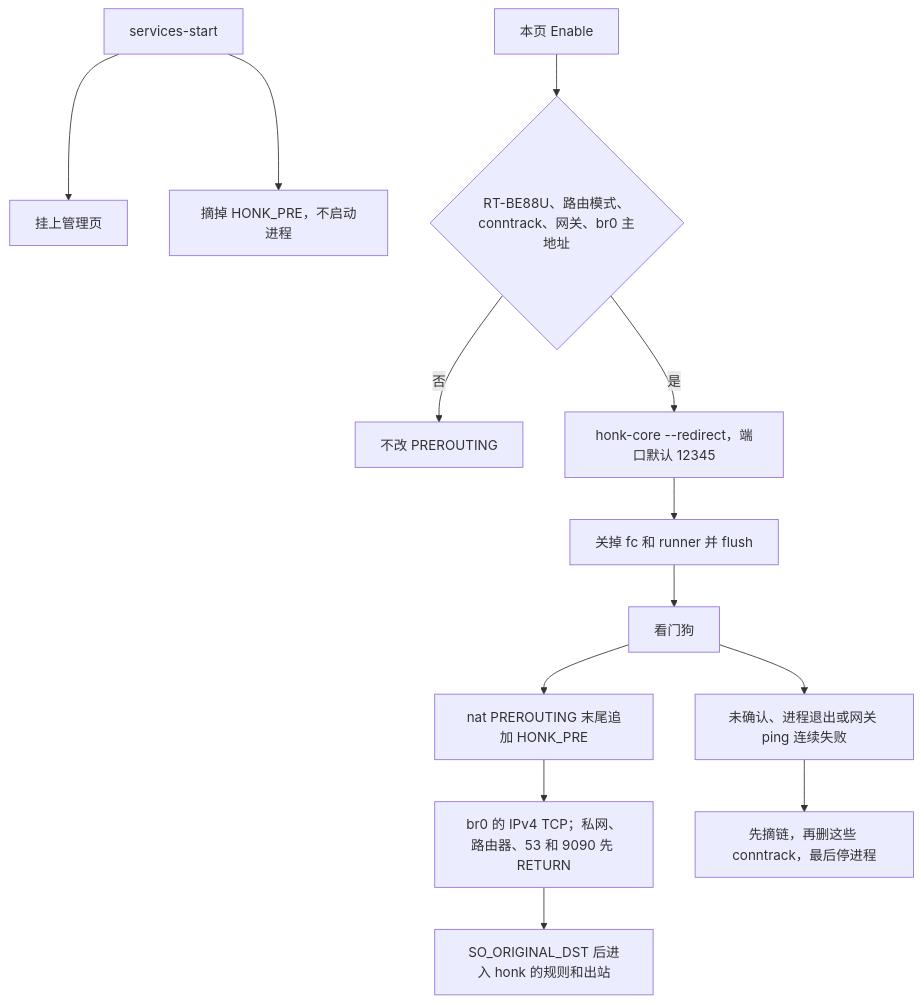
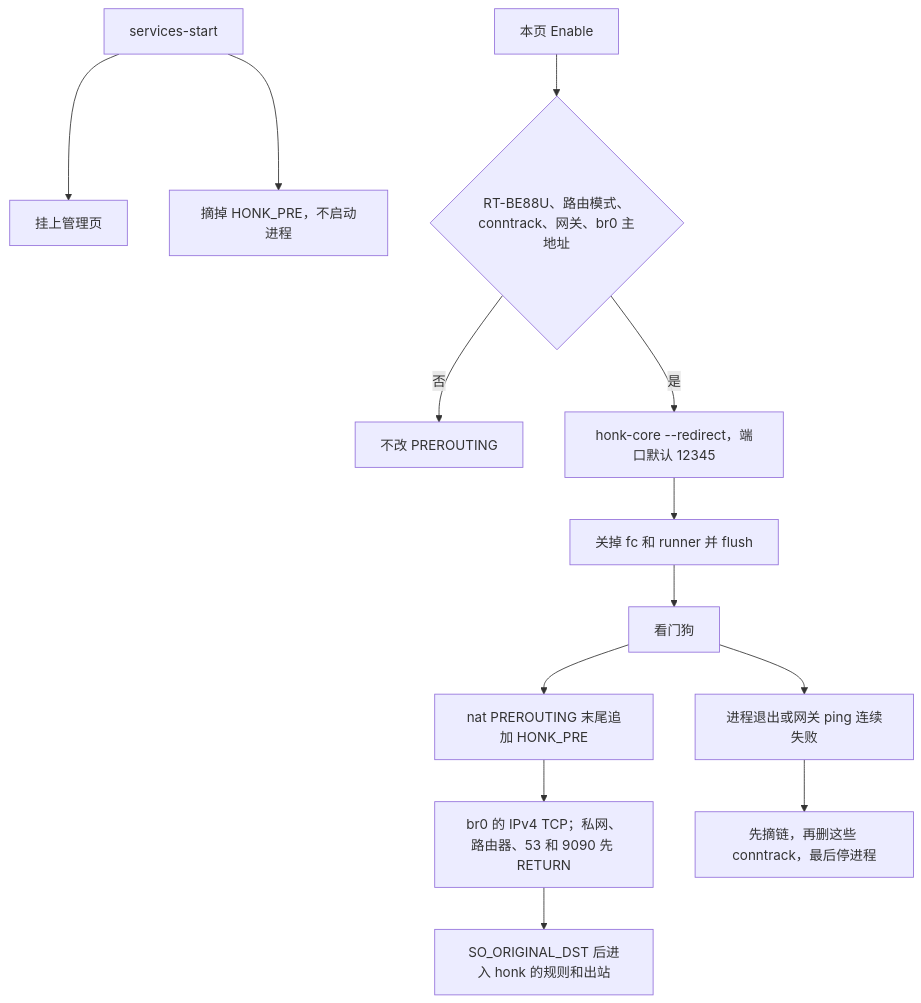
One commit to ThePeppy/honk-merlin changed the diagram in merlin/README_merlin.md. Above: the diagram before and after it, drawn with Mermaid. The commit also changed other lines of this file and 10 other files, not shown here.

````diff
--- a/merlin/README_merlin.md
+++ b/merlin/README_merlin.md
@@ -20,15 +20,15 @@
 ```mermaid
 flowchart TD
   boot["services-start"] --> ui["挂上管理页"]
   boot --> off["摘掉 HONK_PRE，不启动进程"]
   enable["本页 Enable"] --> gate{"RT-BE88U、路由模式、conntrack、网关、br0 主地址"}
   gate -->|否| refuse["不改 PREROUTING"]
   gate -->|是| listen["honk-core --redirect，端口默认 12345"]
   listen --> fc["关掉 fc 和 runner 并 flush"]
   fc --> watch["看门狗"]
   watch --> link["nat PREROUTING 末尾追加 HONK_PRE"]
   link --> redir["br0 的 IPv4 TCP；私网、路由器、53 和 9090 先 RETURN"]
   redir --> copy["SO_ORIGINAL_DST 后进入 honk 的规则和出站"]
-  watch --> roll["未确认、进程退出或网关 ping 连续失败"]
+  watch --> roll["进程退出或网关 ping 连续失败"]
   roll --> flush["先摘链，再删这些 conntrack，最后停进程"]
 ```
````
